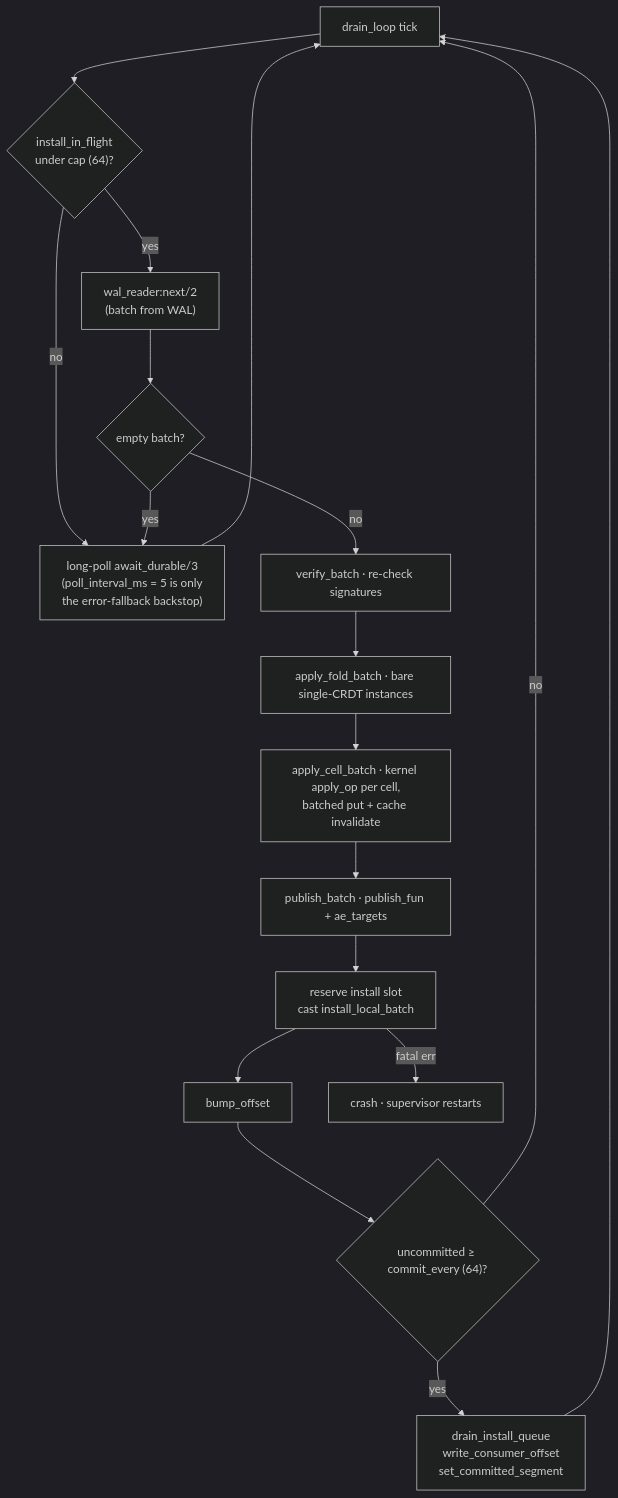
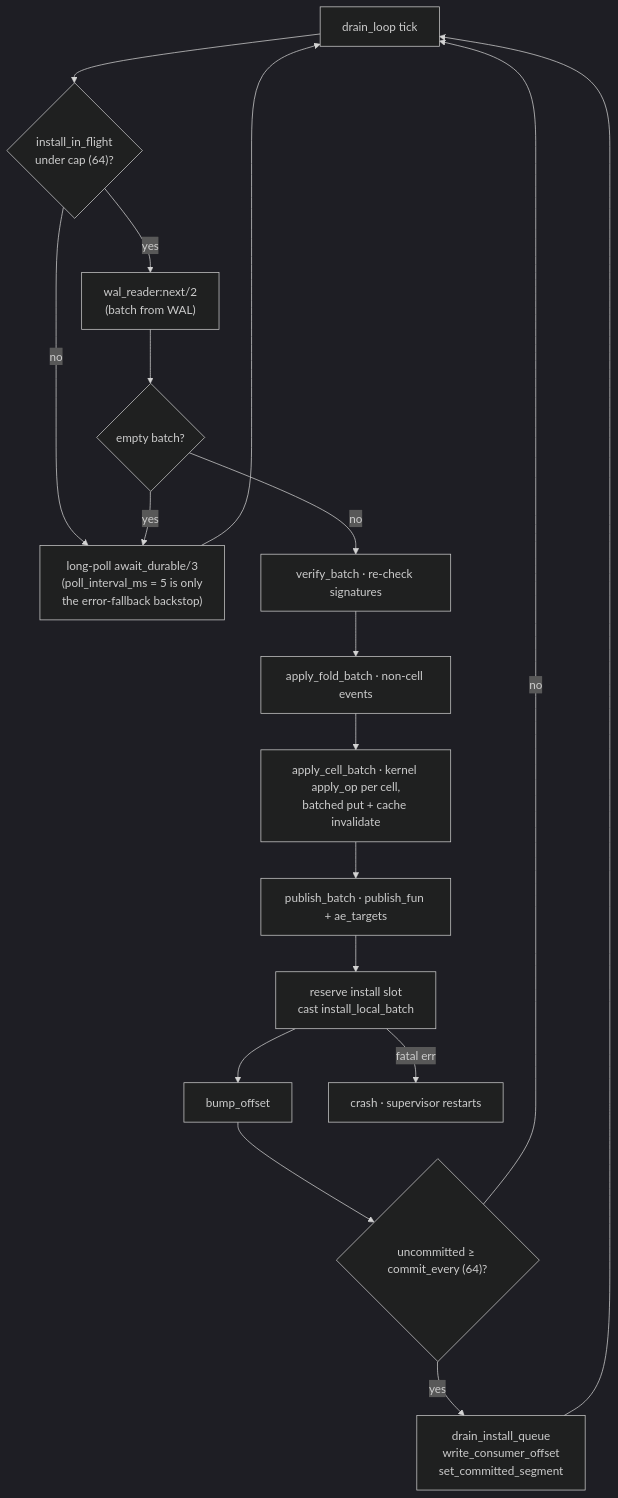
One commit to bondy-io/bondy changed the third of 9 diagrams in apps/bondy_db/doc_extras/architecture/04_applier.md. Above: the diagram before and after it, drawn with Mermaid (dark theme). The commit also changed other lines of this file and 215 other files, not shown here.

````diff
--- a/apps/bondy_db/doc_extras/architecture/04_applier.md
+++ b/apps/bondy_db/doc_extras/architecture/04_applier.md
@@ -97,26 +97,26 @@
 ```mermaid
 flowchart TB
     LOOP["drain_loop tick"]
     SLOT{"install_in_flight<br/>under cap (64)?"}
     WAIT["long-poll await_durable/3<br/>(poll_interval_ms = 5 is only<br/>the error-fallback backstop)"]
     READ["wal_reader:next/2<br/>(batch from WAL)"]
     EMPTY{"empty batch?"}
     VERIFY["verify_batch · re-check signatures"]
-    FOLD["apply_fold_batch · bare single-CRDT instances"]
+    FOLD["apply_fold_batch · non-cell events"]
     CELL["apply_cell_batch · kernel apply_op per cell,<br/>batched put + cache invalidate"]
     PUB["publish_batch · publish_fun + ae_targets"]
     INSTALL["reserve install slot<br/>cast install_local_batch"]
     BUMP["bump_offset"]
     CMT{"uncommitted ≥ commit_every (64)?"}
     COMMIT["drain_install_queue<br/>write_consumer_offset<br/>set_committed_segment"]
     CRASH["crash · supervisor restarts"]
 
     LOOP --> SLOT
     SLOT -->|no| WAIT --> LOOP
     SLOT -->|yes| READ --> EMPTY
     EMPTY -->|yes| WAIT
     EMPTY -->|no| VERIFY --> FOLD --> CELL --> PUB --> INSTALL --> BUMP --> CMT
     CMT -->|no| LOOP
     CMT -->|yes| COMMIT --> LOOP
     INSTALL -->|"fatal err"| CRASH
 ```
````
